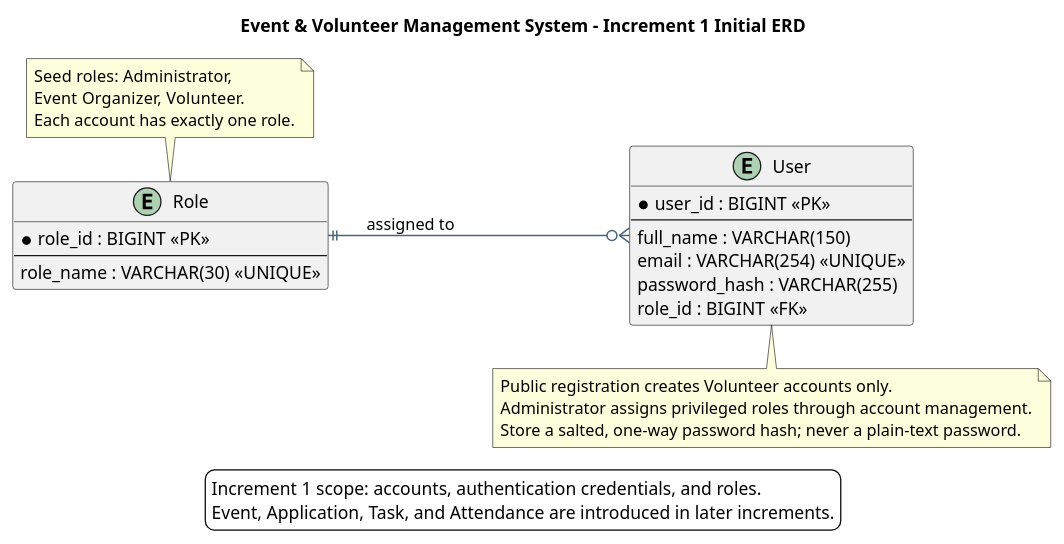
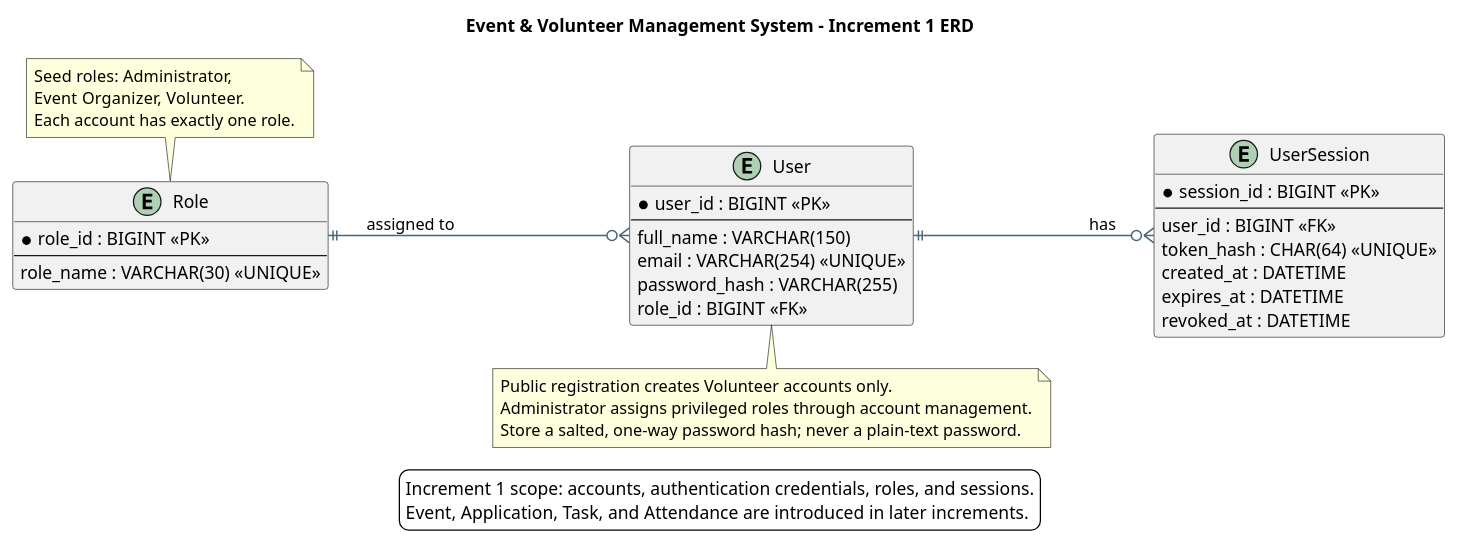
One commit to LeenQasem/SE-project-group8 changed the diagram in uml/erd_increment1.puml. Above: the diagram before and after it, drawn with PlantUML.

Commit message:
edit erd

```diff
--- a/uml/erd_increment1.puml
+++ b/uml/erd_increment1.puml
@@ -1,51 +1,62 @@
-@startuml Increment1InitialERD
-title Event & Volunteer Management System - Increment 1 Initial ERD
+@startuml TEMP_INCREMENT_1_ERD
+title Event & Volunteer Management System - Increment 1 ERD
 
 left to right direction
 skinparam backgroundColor #FFFFFF
 skinparam shadowing false
 skinparam defaultFontName Arial
 skinparam ArrowColor #496579
 skinparam ArrowThickness 1.2
 skinparam entity {
   BackgroundColor #F5F8FC
   BorderColor #36536F
   FontColor #172B3A
   FontSize 13
 }
 
 entity "Role" as ROLE {
   * role_id : BIGINT <<PK>>
   --
   role_name : VARCHAR(30) <<UNIQUE>>
 }
 
 entity "User" as USER {
   * user_id : BIGINT <<PK>>
   --
   full_name : VARCHAR(150)
   email : VARCHAR(254) <<UNIQUE>>
   password_hash : VARCHAR(255)
   role_id : BIGINT <<FK>>
 }
 
+entity "UserSession" as USER_SESSION {
+  * session_id : BIGINT <<PK>>
+  --
+  user_id : BIGINT <<FK>>
+  token_hash : CHAR(64) <<UNIQUE>>
+  created_at : DATETIME
+  expires_at : DATETIME
+  revoked_at : DATETIME
+}
+
 ROLE ||--o{ USER : assigned to
+USER ||--o{ USER_SESSION : has
 
 note top of ROLE
   Seed roles: Administrator,
   Event Organizer, Volunteer.
   Each account has exactly one role.
 end note
 
 note bottom of USER
   Public registration creates Volunteer accounts only.
   Administrator assigns privileged roles through account management.
   Store a salted, one-way password hash; never a plain-text password.
 end note
 
 legend bottom
-  Increment 1 scope: accounts, authentication credentials, and roles.
+  Increment 1 scope: accounts, authentication credentials, roles, and sessions.
   Event, Application, Task, and Attendance are introduced in later increments.
 endlegend
 
 @enduml
```
